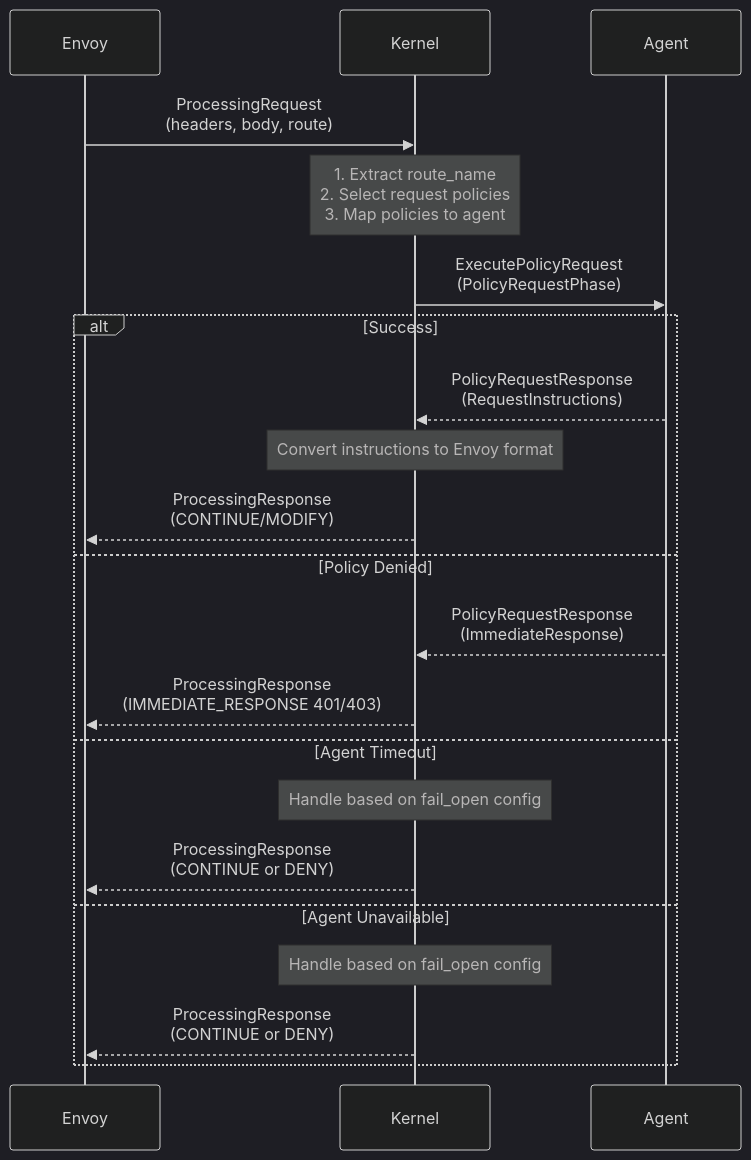
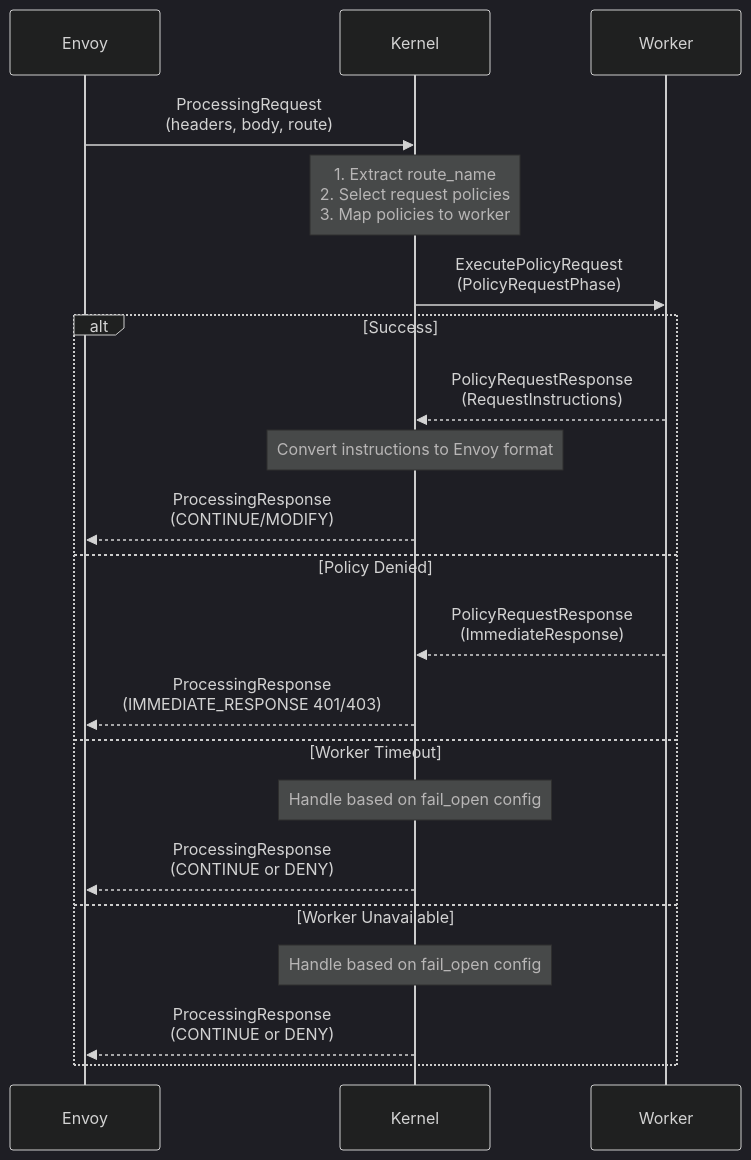
One commit to renuka-fernando/envoy-policy-engine changed the fourth of 7 diagrams in policy-kernel/SPEC.md. Above: the diagram before and after it, drawn with Mermaid (dark theme). The commit also changed other lines of this file and 5 other files, not shown here.

Commit message:
Rename agent to worker

````diff
--- a/policy-kernel/SPEC.md
+++ b/policy-kernel/SPEC.md
@@ -1280,27 +1280,27 @@
 ```mermaid
 sequenceDiagram
     participant Envoy
     participant Kernel
-    participant Agent
+    participant Worker
 
     Envoy->>Kernel: ProcessingRequest<br/>(headers, body, route)
 
-    Note over Kernel: 1. Extract route_name<br/>2. Select request policies<br/>3. Map policies to agent
+    Note over Kernel: 1. Extract route_name<br/>2. Select request policies<br/>3. Map policies to worker
 
-    Kernel->>Agent: ExecutePolicyRequest<br/>(PolicyRequestPhase)
+    Kernel->>Worker: ExecutePolicyRequest<br/>(PolicyRequestPhase)
 
     alt Success
-        Agent-->>Kernel: PolicyRequestResponse<br/>(RequestInstructions)
+        Worker-->>Kernel: PolicyRequestResponse<br/>(RequestInstructions)
         Note over Kernel: Convert instructions to Envoy format
         Kernel-->>Envoy: ProcessingResponse<br/>(CONTINUE/MODIFY)
     else Policy Denied
-        Agent-->>Kernel: PolicyRequestResponse<br/>(ImmediateResponse)
+        Worker-->>Kernel: PolicyRequestResponse<br/>(ImmediateResponse)
         Kernel-->>Envoy: ProcessingResponse<br/>(IMMEDIATE_RESPONSE 401/403)
-    else Agent Timeout
+    else Worker Timeout
         Note over Kernel: Handle based on fail_open config
         Kernel-->>Envoy: ProcessingResponse<br/>(CONTINUE or DENY)
-    else Agent Unavailable
+    else Worker Unavailable
         Note over Kernel: Handle based on fail_open config
         Kernel-->>Envoy: ProcessingResponse<br/>(CONTINUE or DENY)
     end
 ```
````
